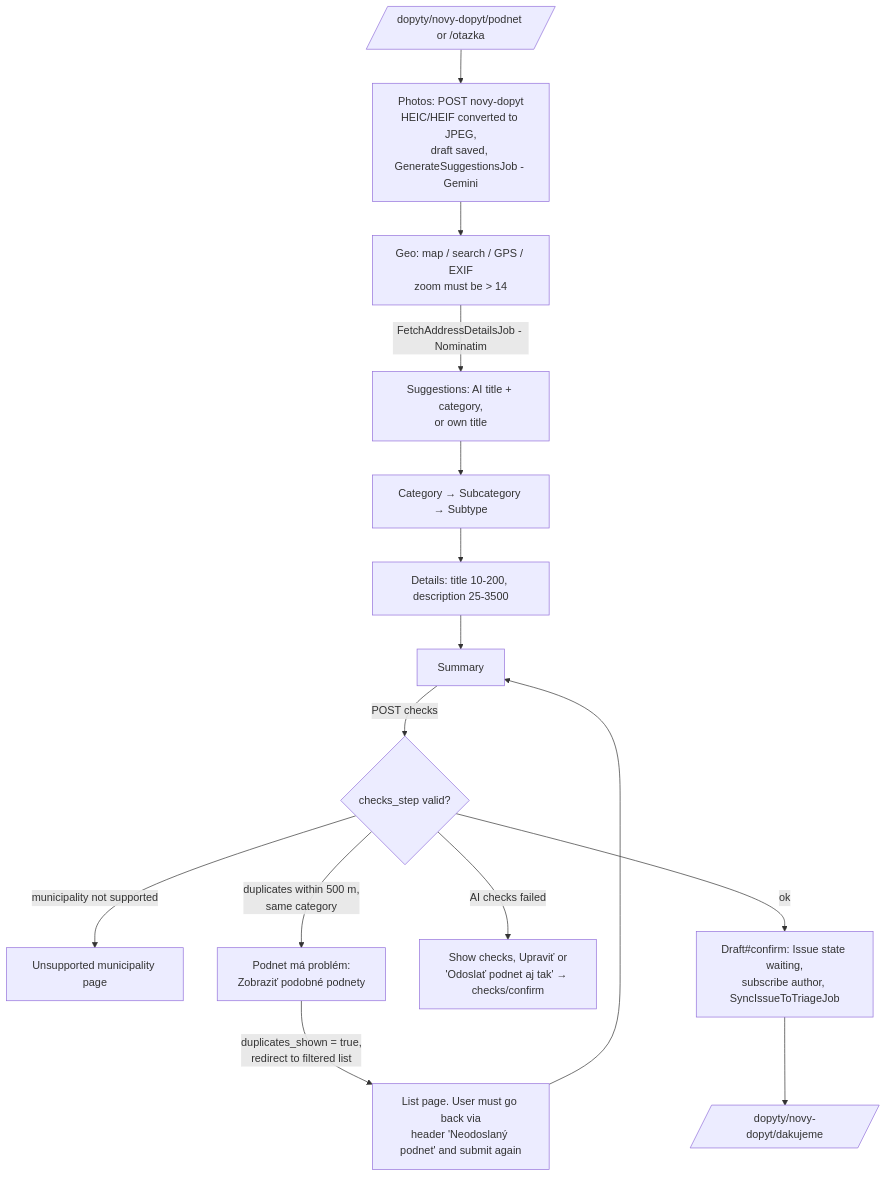
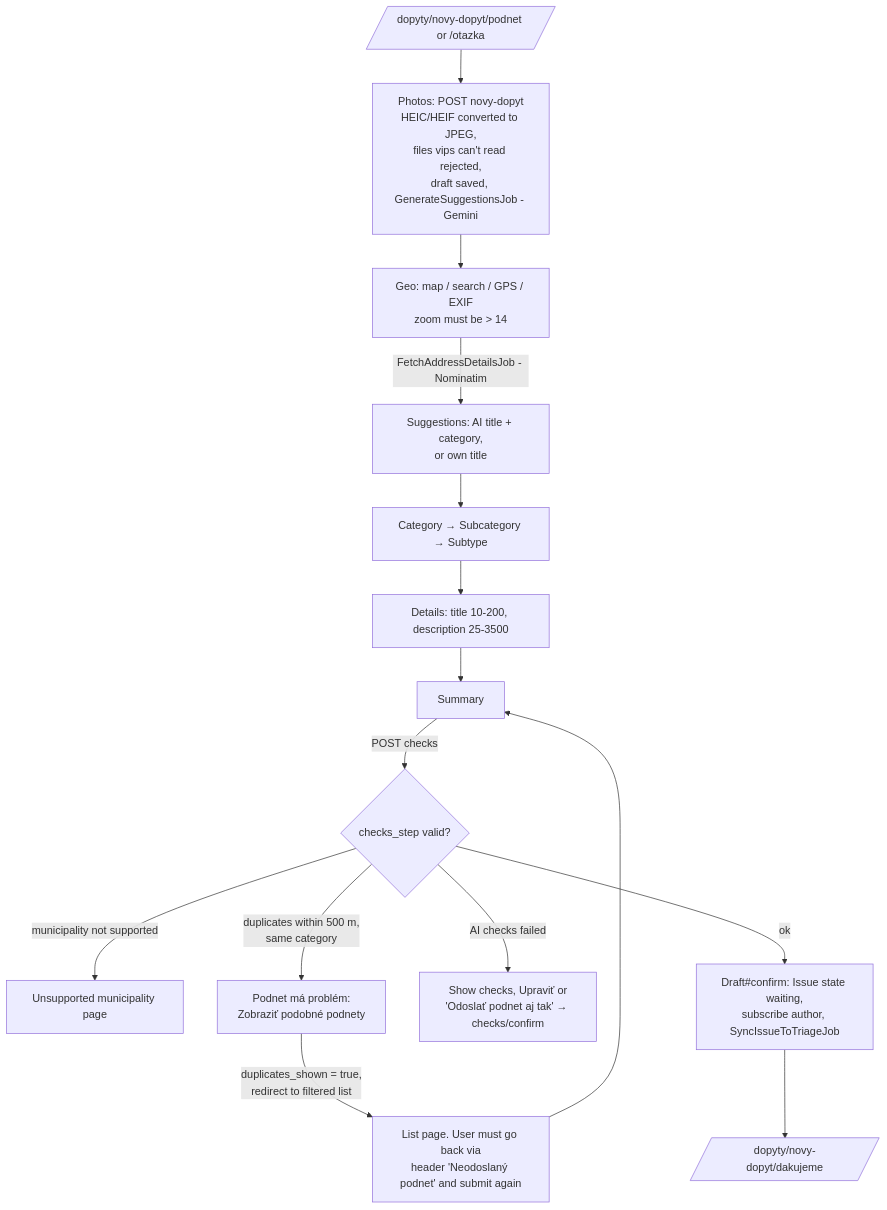
Before and after one commit to slovensko-digital/ops-portal: the first of 3 diagrams in docs/how-it-works/03-submission-and-triage.md, drawn with Mermaid. The commit also changed 14 other files, not shown here.

First line of the commit message:
fix: reject uploads that vips cannot read as an image

````diff
--- a/docs/how-it-works/03-submission-and-triage.md
+++ b/docs/how-it-works/03-submission-and-triage.md
@@ -9,17 +9,17 @@
 ```mermaid
 flowchart TD
-  A[/dopyty/novy-dopyt/podnet or /otazka/] --> B[Photos: POST novy-dopyt<br/>HEIC/HEIF converted to JPEG,<br/>draft saved, GenerateSuggestionsJob - Gemini]
+  A[/dopyty/novy-dopyt/podnet or /otazka/] --> B[Photos: POST novy-dopyt<br/>HEIC/HEIF converted to JPEG,<br/>files vips can't read rejected,<br/>draft saved, GenerateSuggestionsJob - Gemini]
   B --> C[Geo: map / search / GPS / EXIF<br/>zoom must be > 14]
   C -->|FetchAddressDetailsJob - Nominatim| D[Suggestions: AI title + category,<br/>or own title]
   D --> E[Category → Subcategory → Subtype]
   E --> F[Details: title 10-200, description 25-3500]
   F --> G[Summary]
   G -->|POST checks| H{checks_step valid?}
   H -->|municipality not supported| H1[Unsupported municipality page]
   H -->|duplicates within 500 m,<br/>same category| H2[Podnet má problém:<br/>Zobraziť podobné podnety]
   H2 -->|duplicates_shown = true,<br/>redirect to filtered list| H3[List page. User must go back via<br/>header 'Neodoslaný podnet' and submit again]
   H3 --> G
   H -->|AI checks failed| H4[Show checks, Upraviť or<br/>'Odoslať podnet aj tak' → checks/confirm]
   H -->|ok| I[Draft#confirm: Issue state waiting,<br/>subscribe author, SyncIssueToTriageJob]
   I --> J[/dopyty/novy-dopyt/dakujeme/]
 ```
````
